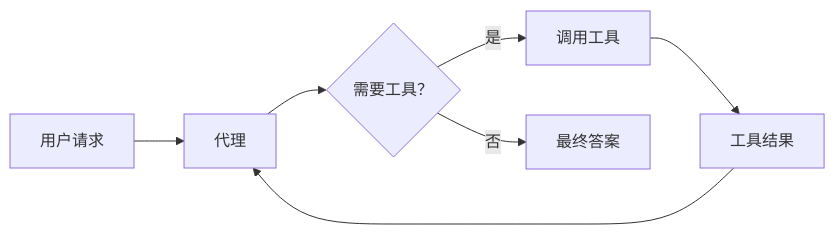
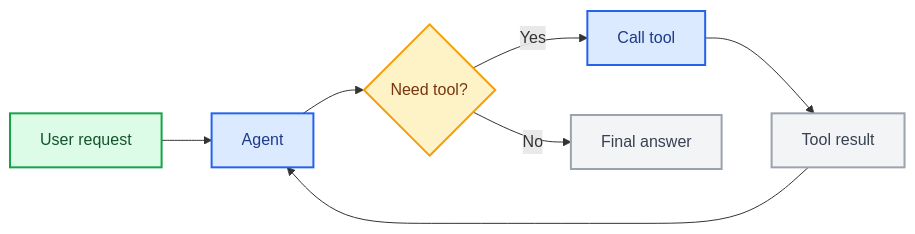
Before and after one commit to kunfan96/cndocs-langchain: the third of 4 diagrams in oss/javascript/langchain/component-architecture.mdx, drawn with Mermaid. The commit also changed other lines of this file and 2611 other files, not shown here.

````diff
--- a/oss/javascript/langchain/component-architecture.mdx
+++ b/oss/javascript/langchain/component-architecture.mdx
@@ -91,9 +109,19 @@
 ```mermaid
 graph LR
-    A[用户请求] --> B[代理]
-    B --> C{需要工具？}
-    C -->|是| D[调用工具]
-    D --> E[工具结果]
+    A[User request] --> B[Agent]
+    B --> C{Need tool?}
+    C -->|Yes| D[Call tool]
+    D --> E[Tool result]
     E --> B
-    C -->|否| F[最终答案]
+    C -->|No| F[Final answer]
+
+    classDef trigger fill:#DCFCE7,stroke:#16A34A,stroke-width:2px,color:#14532D
+    classDef process fill:#DBEAFE,stroke:#2563EB,stroke-width:2px,color:#1E3A8A
+    classDef decision fill:#FEF3C7,stroke:#F59E0B,stroke-width:2px,color:#78350F
+    classDef neutral fill:#F3F4F6,stroke:#9CA3AF,stroke-width:2px,color:#374151
+
+    class A trigger
+    class B,D process
+    class C decision
+    class E,F neutral
 ```
````
